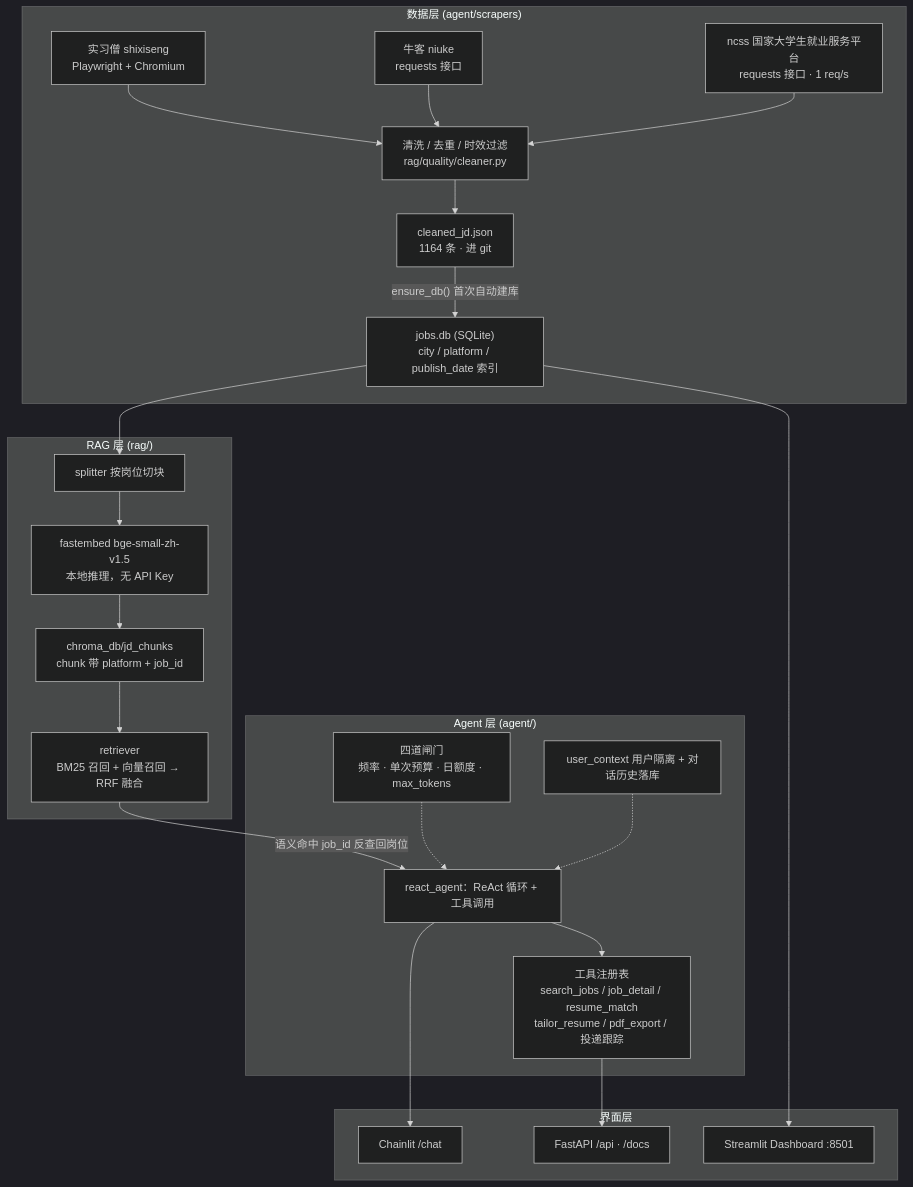
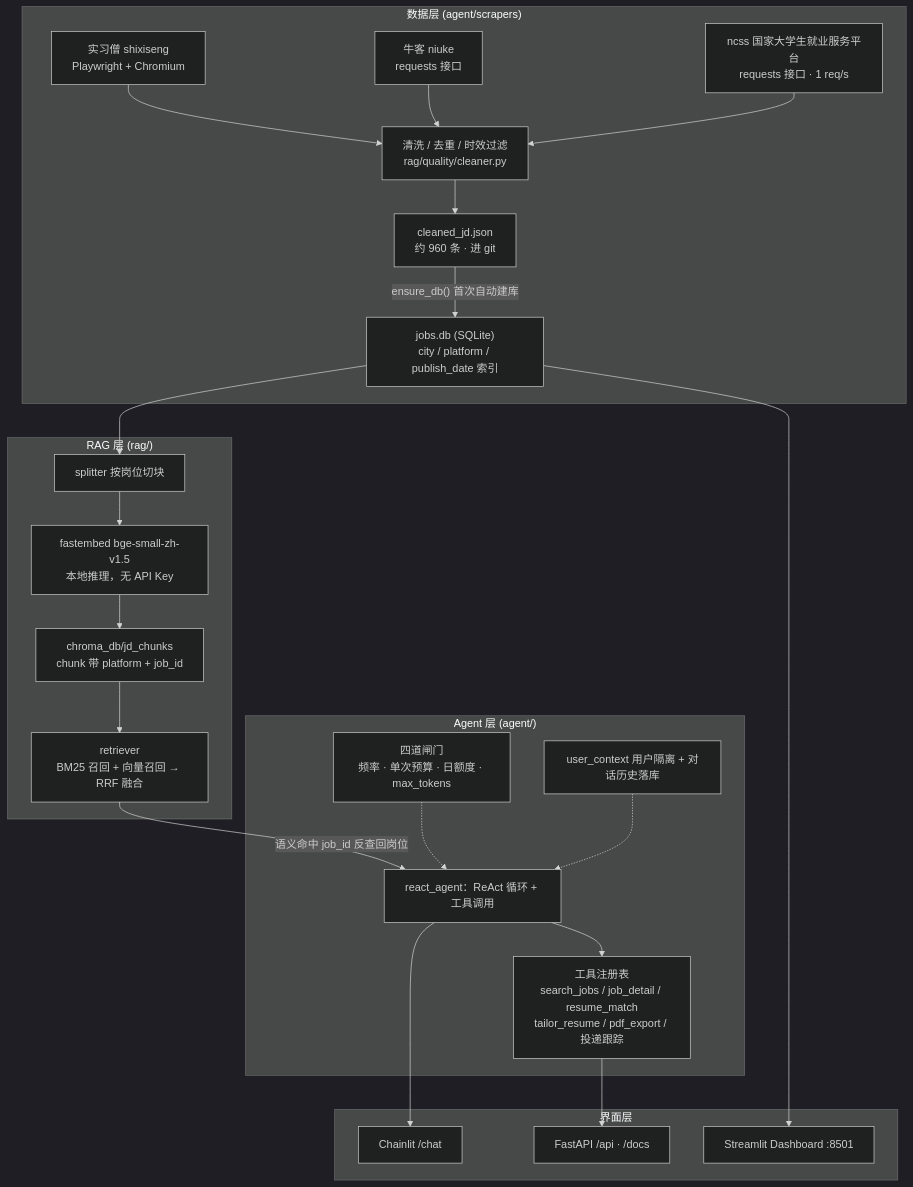
Before and after one commit to plus-Liang/agent-intern-roadmap: the diagram in README.md, drawn with Mermaid (dark theme). The commit also changed other lines of this file, not shown here.

````diff
--- a/README.md
+++ b/README.md
@@ -54,45 +54,45 @@
 ```mermaid
 flowchart TD
     subgraph DATA["数据层 (agent/scrapers)"]
         S1["实习僧 shixiseng<br/>Playwright + Chromium"]
         S2["牛客 niuke<br/>requests 接口"]
         S3["ncss 国家大学生就业服务平台<br/>requests 接口 · 1 req/s"]
         CL["清洗 / 去重 / 时效过滤<br/>rag/quality/cleaner.py"]
-        JS["cleaned_jd.json<br/>1164 条 · 进 git"]
+        JS["cleaned_jd.json<br/>约 960 条 · 进 git"]
         DB["jobs.db (SQLite)<br/>city / platform / publish_date 索引"]
         S1 --> CL
         S2 --> CL
         S3 --> CL
         CL --> JS
         JS -->|"ensure_db() 首次自动建库"| DB
     end
 
     subgraph RAG["RAG 层 (rag/)"]
         SP["splitter 按岗位切块"]
         EM["fastembed bge-small-zh-v1.5<br/>本地推理，无 API Key"]
         VS["chroma_db/jd_chunks<br/>chunk 带 platform + job_id"]
         RT["retriever<br/>BM25 召回 + 向量召回 → RRF 融合"]
         DB --> SP --> EM --> VS --> RT
     end
 
     subgraph AGENT["Agent 层 (agent/)"]
         RA["react_agent：ReAct 循环 + 工具调用"]
         TL["工具注册表<br/>search_jobs / job_detail / resume_match<br/>tailor_resume / pdf_export / 投递跟踪"]
         LIM["四道闸门<br/>频率 · 单次预算 · 日额度 · max_tokens"]
         UC["user_context 用户隔离 + 对话历史落库"]
         RT -->|"语义命中 job_id 反查回岗位"| RA
         RA --> TL
         LIM -.-> RA
         UC -.-> RA
     end
 
     subgraph UI["界面层"]
         CH["Chainlit /chat"]
         API["FastAPI /api · /docs"]
         DASH["Streamlit Dashboard :8501"]
     end
 
     RA --> CH
     TL --> API
     DB --> DASH
 ```
````
